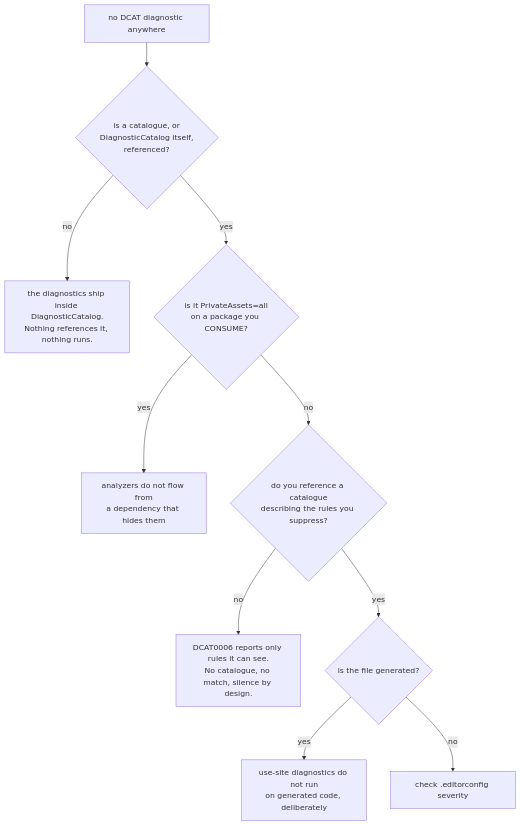
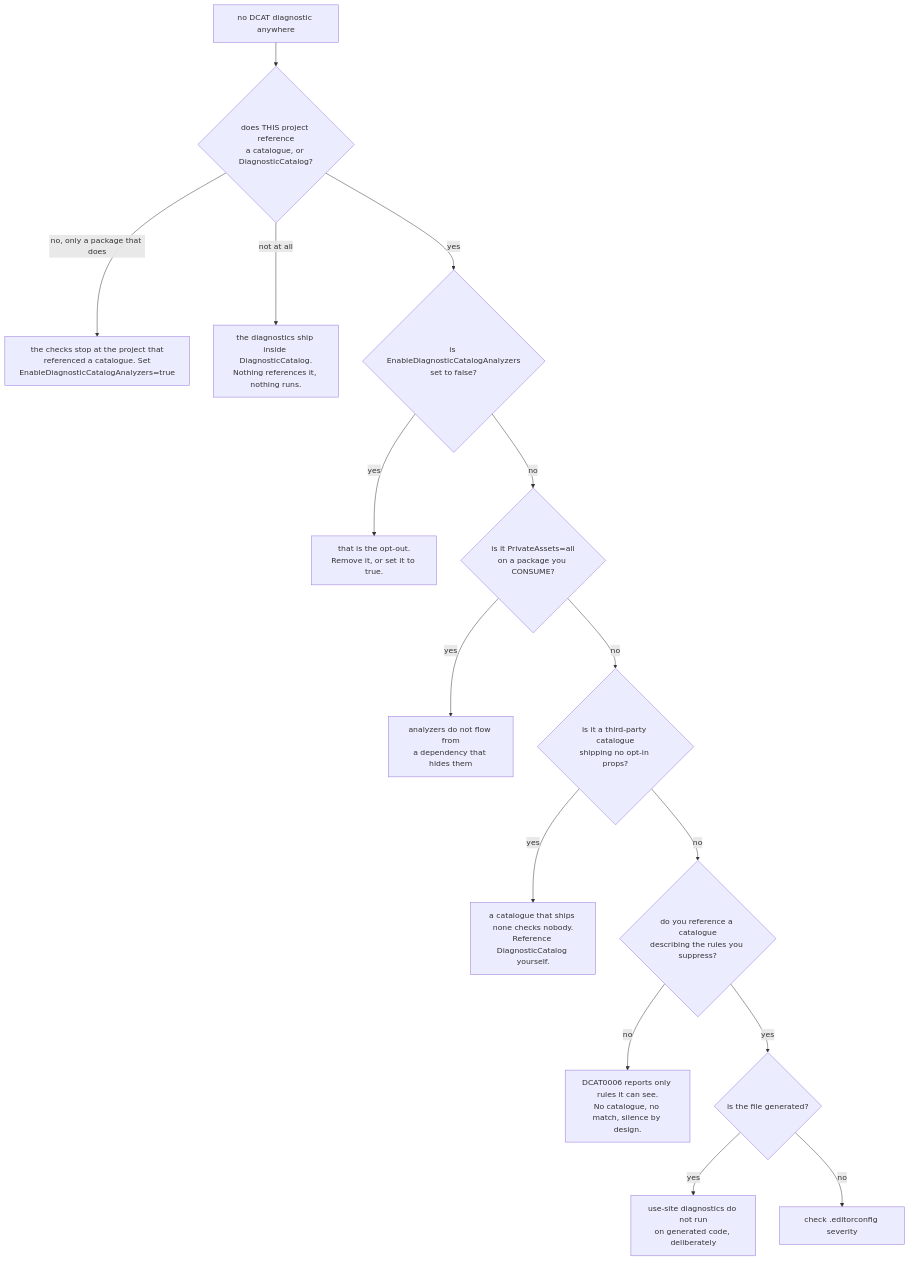
The diagram in doc/guide/troubleshooting.en.md (Reefact/diagnostic-catalog), drawn with Mermaid before and after one commit. The commit also changed other lines of this file and 27 other files, not shown here.

````diff
--- a/doc/guide/troubleshooting.en.md
+++ b/doc/guide/troubleshooting.en.md
@@ -13,13 +13,18 @@
 ```mermaid
 flowchart TB
     S["no DCAT diagnostic anywhere"]
-    S --> Q1{"is a catalogue, or<br/>DiagnosticCatalog itself,<br/>referenced?"}
-    Q1 -- "no" --> A1["the diagnostics ship inside DiagnosticCatalog.<br/>Nothing references it, nothing runs."]
-    Q1 -- "yes" --> Q2{"is it PrivateAssets=all<br/>on a package you CONSUME?"}
-    Q2 -- "yes" --> A2["analyzers do not flow from<br/>a dependency that hides them"]
-    Q2 -- "no" --> Q3{"do you reference a catalogue<br/>describing the rules you suppress?"}
-    Q3 -- "no" --> A3["DCAT0006 reports only rules it can see.<br/>No catalogue, no match, silence by design."]
-    Q3 -- "yes" --> Q4{"is the file generated?"}
-    Q4 -- "yes" --> A4["use-site diagnostics do not run<br/>on generated code, deliberately"]
-    Q4 -- "no" --> A5["check .editorconfig severity"]
+    S --> Q1{"does THIS project reference<br/>a catalogue, or DiagnosticCatalog?"}
+    Q1 -- "no, only a package that does" --> A6["the checks stop at the project that<br/>referenced a catalogue. Set<br/>EnableDiagnosticCatalogAnalyzers=true"]
+    Q1 -- "not at all" --> A1["the diagnostics ship inside DiagnosticCatalog.<br/>Nothing references it, nothing runs."]
+    Q1 -- "yes" --> Q2{"is EnableDiagnosticCatalogAnalyzers<br/>set to false?"}
+    Q2 -- "yes" --> A7["that is the opt-out.<br/>Remove it, or set it to true."]
+    Q2 -- "no" --> Q3{"is it PrivateAssets=all<br/>on a package you CONSUME?"}
+    Q3 -- "yes" --> A2["analyzers do not flow from<br/>a dependency that hides them"]
+    Q3 -- "no" --> Q4{"is it a third-party catalogue<br/>shipping no opt-in props?"}
+    Q4 -- "yes" --> A8["a catalogue that ships none checks nobody.<br/>Reference DiagnosticCatalog yourself."]
+    Q4 -- "no" --> Q5{"do you reference a catalogue<br/>describing the rules you suppress?"}
+    Q5 -- "no" --> A3["DCAT0006 reports only rules it can see.<br/>No catalogue, no match, silence by design."]
+    Q5 -- "yes" --> Q6{"is the file generated?"}
+    Q6 -- "yes" --> A4["use-site diagnostics do not run<br/>on generated code, deliberately"]
+    Q6 -- "no" --> A5["check .editorconfig severity"]
 ```
````
